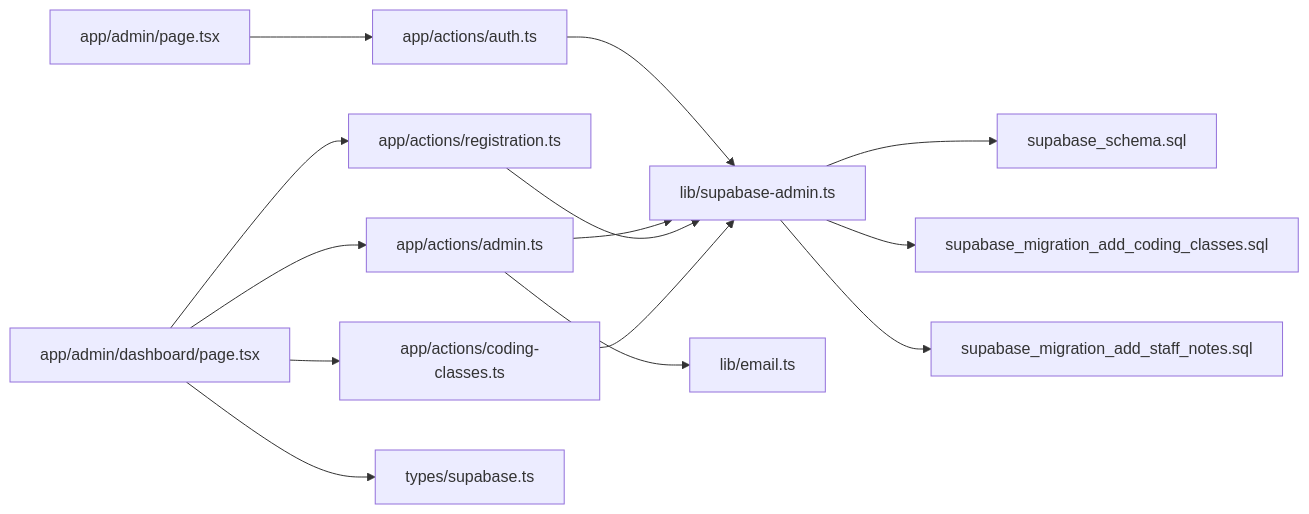
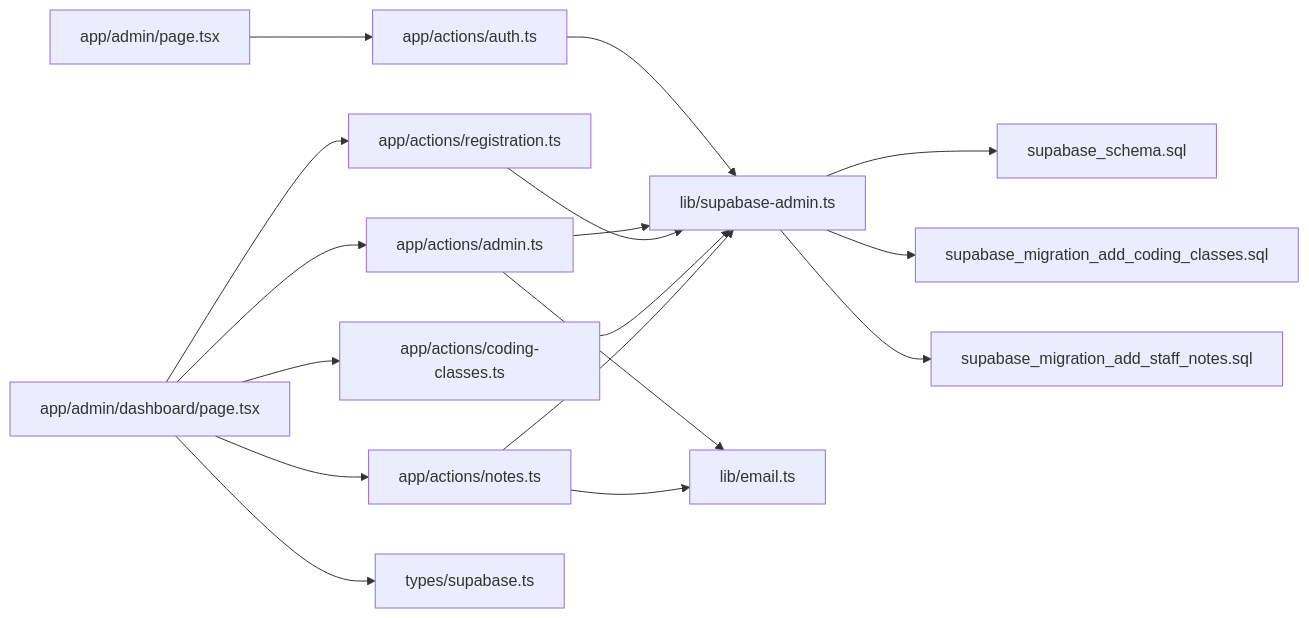
One commit to Black-box01/rhemaexpertsolutions changed the tenth of 10 diagrams in .qoder/repowiki/en/content/Pages and Routing/Admin Interface.md. Above: the diagram before and after it, drawn with Mermaid. The commit also changed other lines of this file and 31 other files, not shown here.

````diff
--- a/.qoder/repowiki/en/content/Pages and Routing/Admin Interface.md
+++ b/.qoder/repowiki/en/content/Pages and Routing/Admin Interface.md
@@ -369,16 +534,19 @@
 ```mermaid
 graph LR
 AdminLogin["app/admin/page.tsx"] --> AuthActions["app/actions/auth.ts"]
 Dashboard["app/admin/dashboard/page.tsx"] --> AdminActions["app/actions/admin.ts"]
 Dashboard --> RegActions["app/actions/registration.ts"]
 Dashboard --> CodingActions["app/actions/coding-classes.ts"]
+Dashboard --> NoteActions["app/actions/notes.ts"]
 AuthActions --> SupabaseAdmin["lib/supabase-admin.ts"]
 AdminActions --> SupabaseAdmin
 RegActions --> SupabaseAdmin
 CodingActions --> SupabaseAdmin
+NoteActions --> SupabaseAdmin
 AdminActions --> EmailLib["lib/email.ts"]
+NoteActions --> EmailLib
 Dashboard --> Types["types/supabase.ts"]
 SupabaseAdmin --> Schema["supabase_schema.sql"]
 SupabaseAdmin --> CodingSchema["supabase_migration_add_coding_classes.sql"]
 SupabaseAdmin --> NotesSchema["supabase_migration_add_staff_notes.sql"]
 ```
````
